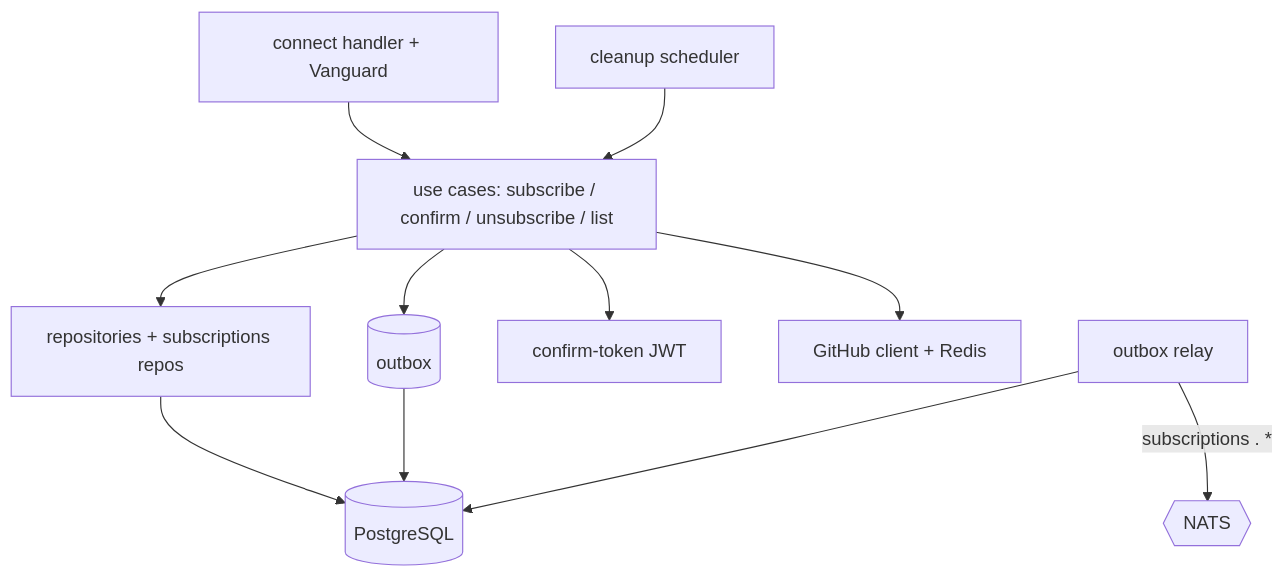
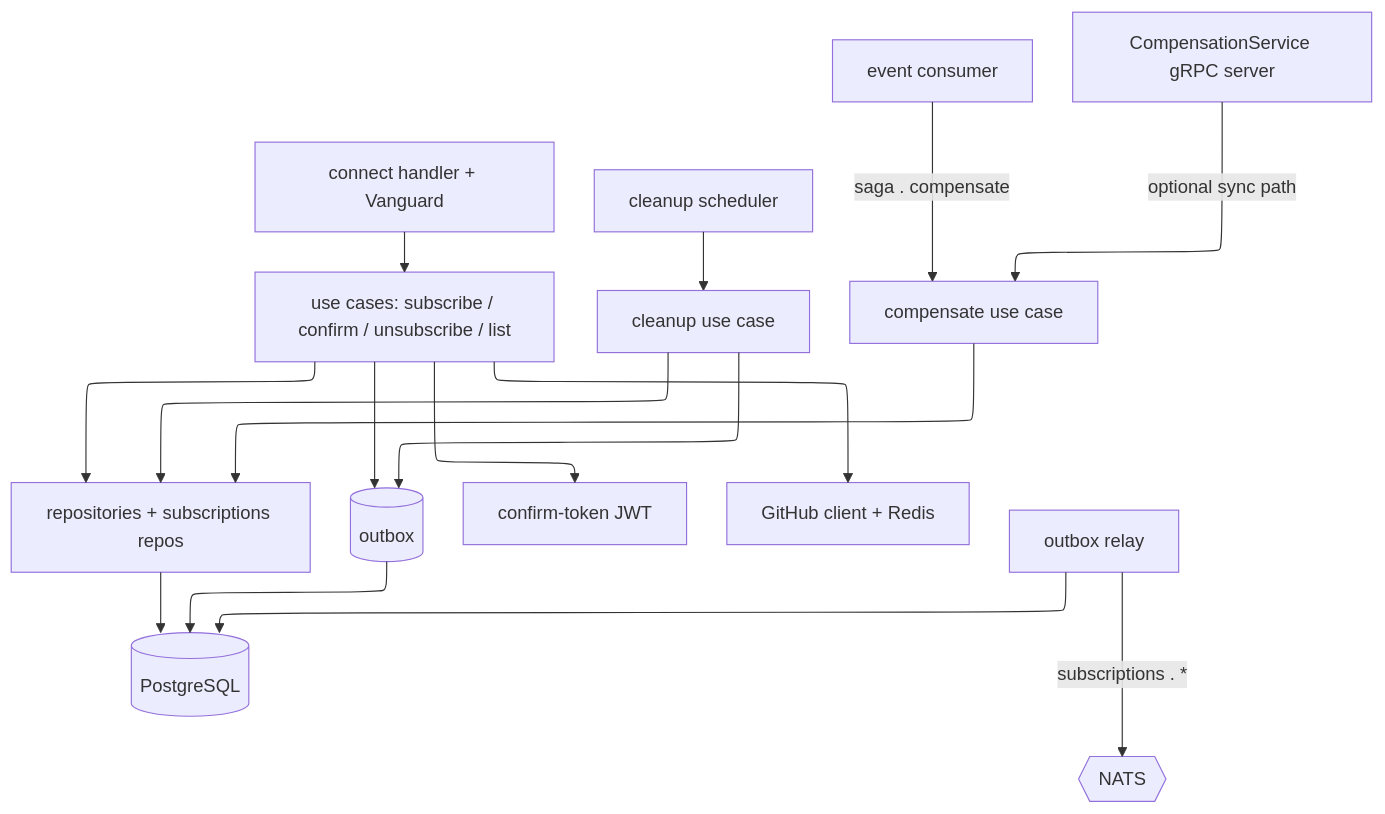
Before and after one commit to GenesisEducationKyiv/software-engineering-school-6-0-mzabrodin: the second of 13 diagrams in docs/SDD.md, drawn with Mermaid. The commit also changed other lines of this file, not shown here.

Commit message:
docs(sdd): document system architecture and saga-orchestrator

````diff
--- a/docs/SDD.md
+++ b/docs/SDD.md
@@ -59,13 +115,19 @@
 ```mermaid
+%%{init: {"flowchart": {"defaultRenderer": "elk"}} }%%
 flowchart TB
     API[connect handler + Vanguard] --> UC[use cases: subscribe / confirm / unsubscribe / list]
-    Sched[cleanup scheduler] --> UC
+    Sched[cleanup scheduler] --> Clean[cleanup use case]
+    Cons[event consumer] -->|saga . compensate| Comp[compensate use case]
+    CompSrv[CompensationService gRPC server] -->|optional sync path| Comp
     UC --> Repo[repositories + subscriptions repos]
+    Clean --> Repo
+    Comp --> Repo
     UC --> Outbox[(outbox)]
+    Clean --> Outbox
     UC --> JWT[confirm-token JWT]
     UC --> GH[GitHub client + Redis]
     Repo --> DB[(PostgreSQL)]
     Outbox --> DB
     Relay[outbox relay] --> DB
     Relay -->|subscriptions . *| NATS{{NATS}}
 ```
````
